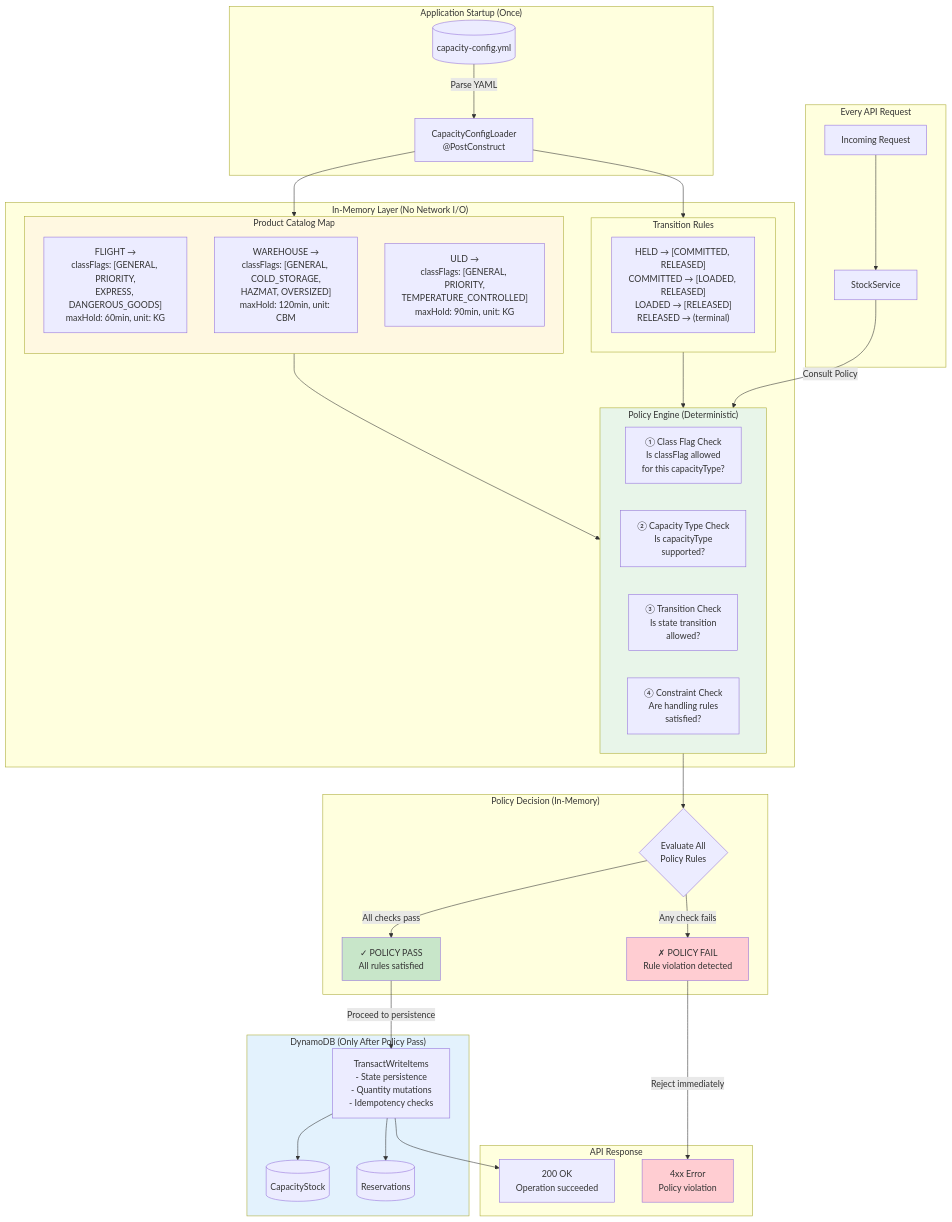
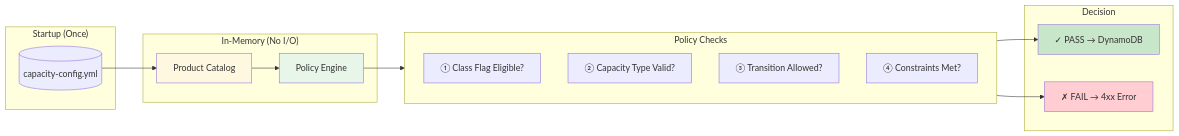
The sixth of 6 diagrams in docs/api-flow-diagrams.md (sethu-rs/stockkeeper), drawn with Mermaid before and after one commit. The commit also changed other lines of this file, not shown here.

Commit message:
aws architecture added

````diff
--- a/docs/api-flow-diagrams.md
+++ b/docs/api-flow-diagrams.md
@@ -648,75 +246,32 @@
 ```mermaid
-flowchart TB
-    subgraph Startup["Application Startup (Once)"]
-        ConfigYML[(capacity-config.yml)]
-        Loader["CapacityConfigLoader<br/>@PostConstruct"]
-        ConfigYML -->|"Parse YAML"| Loader
+flowchart LR
+    subgraph Startup["Startup (Once)"]
+        Config[(capacity-config.yml)]
     end
 
-    subgraph InMemory["In-Memory Layer (No Network I/O)"]
-        subgraph ProductCatalog["Product Catalog Map"]
-            direction TB
-            CatFlight["FLIGHT →<br/>classFlags: [GENERAL, PRIORITY,<br/>EXPRESS, DANGEROUS_GOODS]<br/>maxHold: 60min, unit: KG"]
-            CatWarehouse["WAREHOUSE →<br/>classFlags: [GENERAL, COLD_STORAGE,<br/>HAZMAT, OVERSIZED]<br/>maxHold: 120min, unit: CBM"]
-            CatULD["ULD →<br/>classFlags: [GENERAL, PRIORITY,<br/>TEMPERATURE_CONTROLLED]<br/>maxHold: 90min, unit: KG"]
-        end
-
-        subgraph TransitionRules["Transition Rules"]
-            TR["HELD → [COMMITTED, RELEASED]<br/>COMMITTED → [LOADED, RELEASED]<br/>LOADED → [RELEASED]<br/>RELEASED → (terminal)"]
-        end
-
-        subgraph PolicyEngine["Policy Engine (Deterministic)"]
-            Check1["① Class Flag Check<br/>Is classFlag allowed<br/>for this capacityType?"]
-            Check2["② Capacity Type Check<br/>Is capacityType<br/>supported?"]
-            Check3["③ Transition Check<br/>Is state transition<br/>allowed?"]
-            Check4["④ Constraint Check<br/>Are handling rules<br/>satisfied?"]
-        end
-
-        Loader --> ProductCatalog
-        Loader --> TransitionRules
-        ProductCatalog --> PolicyEngine
-        TransitionRules --> PolicyEngine
+    subgraph InMemory["In-Memory (No I/O)"]
+        Catalog["Product Catalog"]
+        Engine["Policy Engine"]
     end
 
-    subgraph Request["Every API Request"]
-        Req[Incoming Request]
-        Service[StockService]
+    subgraph Checks["Policy Checks"]
+        C1["① Class Flag Eligible?"]
+        C2["② Capacity Type Valid?"]
+        C3["③ Transition Allowed?"]
+        C4["④ Constraints Met?"]
     end
 
-    subgraph Decision["Policy Decision (In-Memory)"]
-        Evaluate{Evaluate All<br/>Policy Rules}
-        Pass["✓ POLICY PASS<br/>All rules satisfied"]
-        Fail["✗ POLICY FAIL<br/>Rule violation detected"]
+    subgraph Result["Decision"]
+        Pass["✓ PASS → DynamoDB"]
+        Fail["✗ FAIL → 4xx Error"]
     end
 
-    subgraph DynamoDB["DynamoDB (Only After Policy Pass)"]
-        TxWrite["TransactWriteItems<br/>- State persistence<br/>- Quantity mutations<br/>- Idempotency checks"]
-        StockTable[(CapacityStock)]
-        ResvTable[(Reservations)]
-    end
+    Config --> Catalog --> Engine --> Checks
+    Checks --> Pass
+    Checks --> Fail
 
-    subgraph Response["API Response"]
-        Success[200 OK<br/>Operation succeeded]
-        Rejected[4xx Error<br/>Policy violation]
-    end
-
-    Req --> Service
-    Service -->|"Consult Policy"| PolicyEngine
-    PolicyEngine --> Evaluate
-    Evaluate -->|"All checks pass"| Pass
-    Evaluate -->|"Any check fails"| Fail
-
-    Pass -->|"Proceed to persistence"| TxWrite
-    TxWrite --> StockTable
-    TxWrite --> ResvTable
-    TxWrite --> Success
-
-    Fail -->|"Reject immediately"| Rejected
-
-    style ProductCatalog fill:#fff8e1
-    style PolicyEngine fill:#e8f5e9
+    style Catalog fill:#fff8e1
+    style Engine fill:#e8f5e9
     style Pass fill:#c8e6c9
     style Fail fill:#ffcdd2
-    style Rejected fill:#ffcdd2
-    style DynamoDB fill:#e3f2fd
 ```
````
